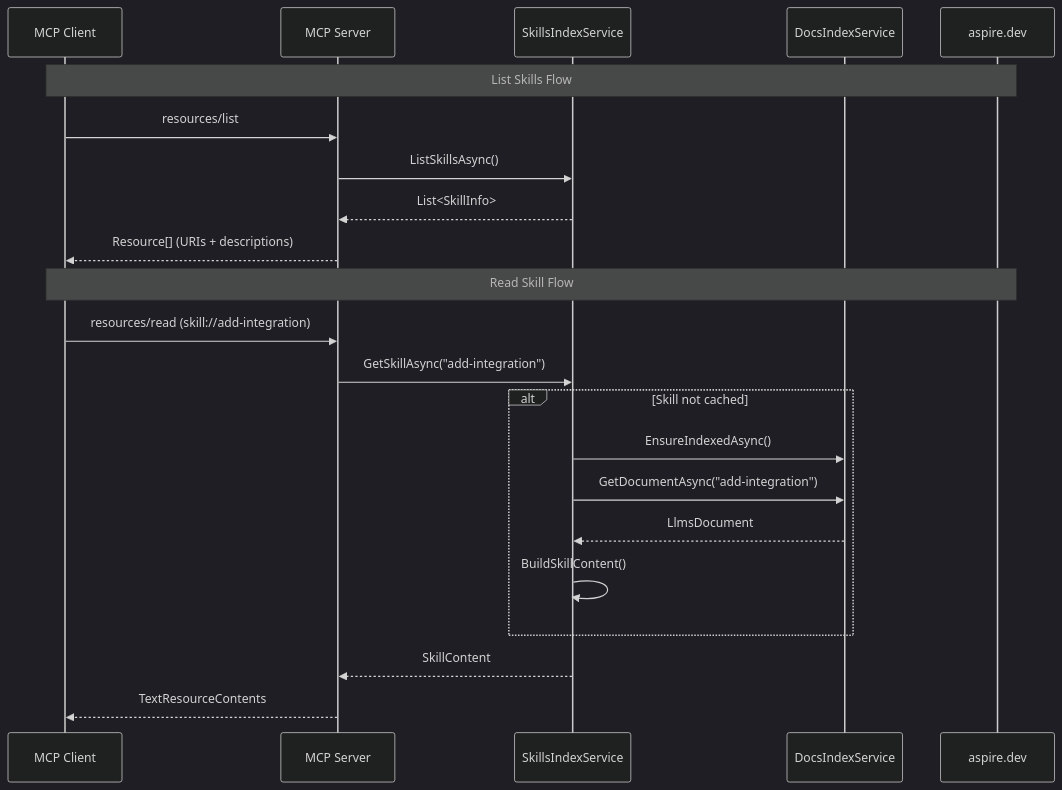
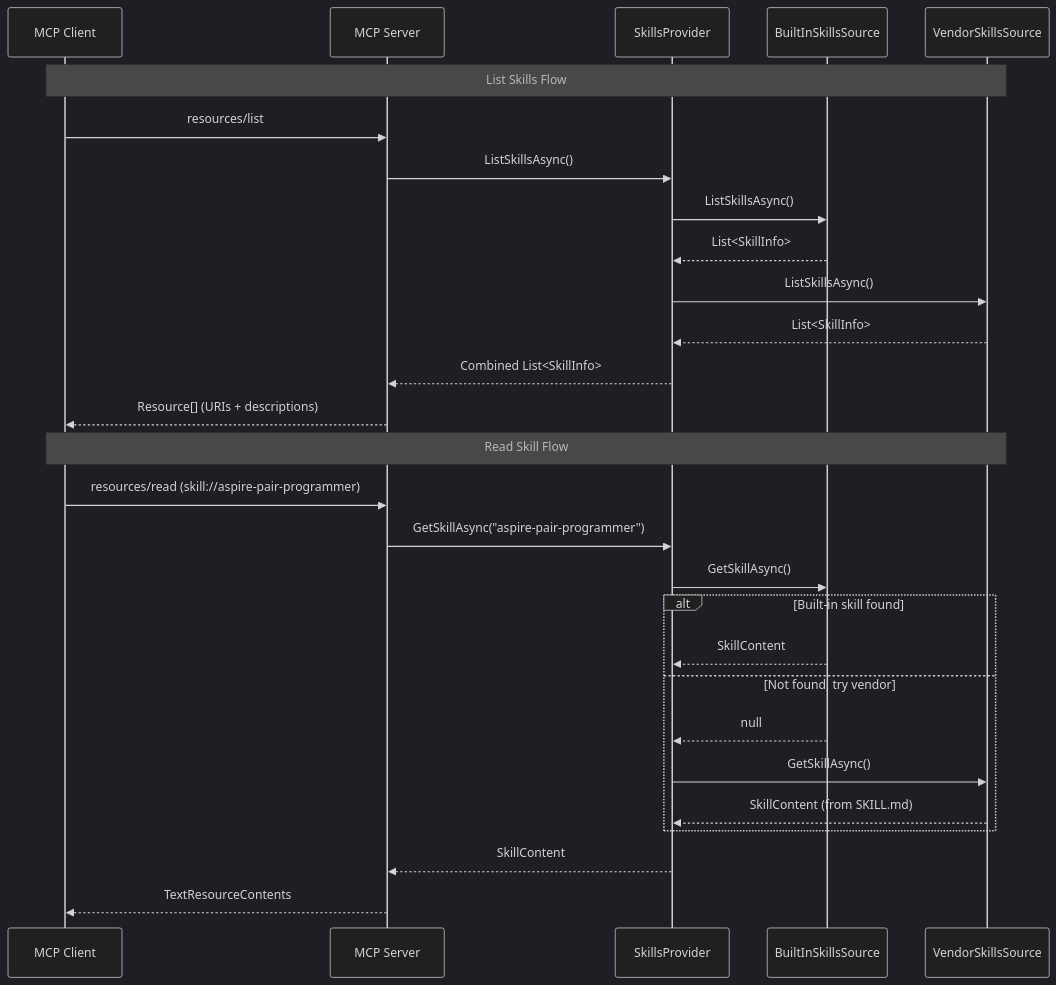
Before and after one commit to dotnet/aspire: the diagram in docs/specs/mcp-skills-resources.md, drawn with Mermaid (dark theme). The commit also changed other lines of this file and 3 other files, not shown here.

Commit message:
refactor: update MCP documentation and enhance skills provider integration

````diff
--- a/docs/specs/mcp-skills-resources.md
+++ b/docs/specs/mcp-skills-resources.md
@@ -81,28 +81,32 @@
 ```mermaid
 sequenceDiagram
     participant Client as MCP Client
     participant Server as MCP Server
-    participant Skills as SkillsIndexService
-    participant Docs as DocsIndexService
-    participant Web as aspire.dev
+    participant Provider as SkillsProvider
+    participant BuiltIn as BuiltInSkillsSource
+    participant Vendor as VendorSkillsSource
 
-    Note over Client,Web: List Skills Flow
+    Note over Client,Vendor: List Skills Flow
     Client->>Server: resources/list
-    Server->>Skills: ListSkillsAsync()
-    Skills-->>Server: List<SkillInfo>
+    Server->>Provider: ListSkillsAsync()
+    Provider->>BuiltIn: ListSkillsAsync()
+    BuiltIn-->>Provider: List<SkillInfo>
+    Provider->>Vendor: ListSkillsAsync()
+    Vendor-->>Provider: List<SkillInfo>
+    Provider-->>Server: Combined List<SkillInfo>
     Server-->>Client: Resource[] (URIs + descriptions)
 
-    Note over Client,Web: Read Skill Flow
-    Client->>Server: resources/read (skill://add-integration)
-    Server->>Skills: GetSkillAsync("add-integration")
-
-    alt Skill not cached
-        Skills->>Docs: EnsureIndexedAsync()
-        Skills->>Docs: GetDocumentAsync("add-integration")
-        Docs-->>Skills: LlmsDocument
-        Skills->>Skills: BuildSkillContent()
+    Note over Client,Vendor: Read Skill Flow
+    Client->>Server: resources/read (skill://aspire-pair-programmer)
+    Server->>Provider: GetSkillAsync("aspire-pair-programmer")
+    Provider->>BuiltIn: GetSkillAsync()
+    alt Built-in skill found
+        BuiltIn-->>Provider: SkillContent
+    else Not found, try vendor
+        BuiltIn-->>Provider: null
+        Provider->>Vendor: GetSkillAsync()
+        Vendor-->>Provider: SkillContent (from SKILL.md)
     end
-
-    Skills-->>Server: SkillContent
+    Provider-->>Server: SkillContent
     Server-->>Client: TextResourceContents
 ```
````
